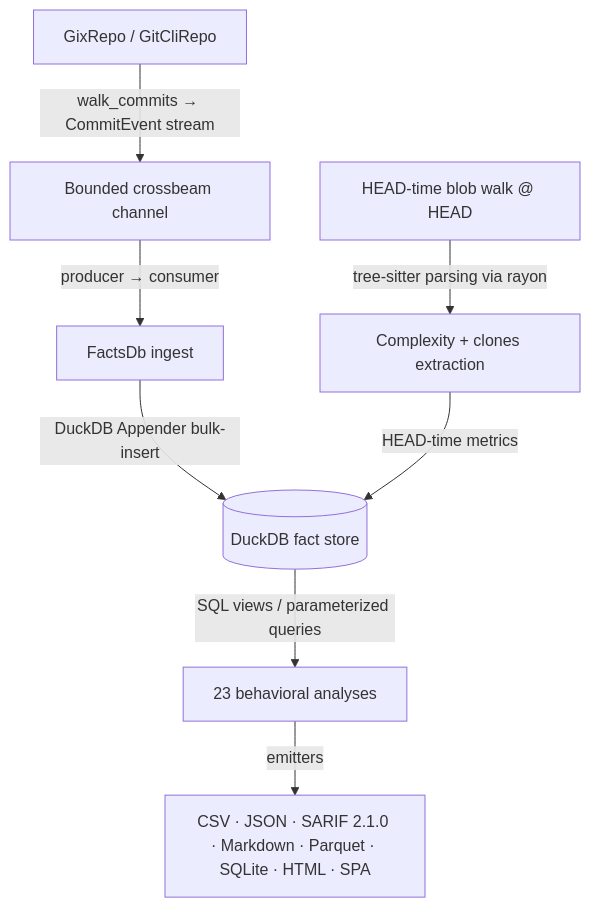
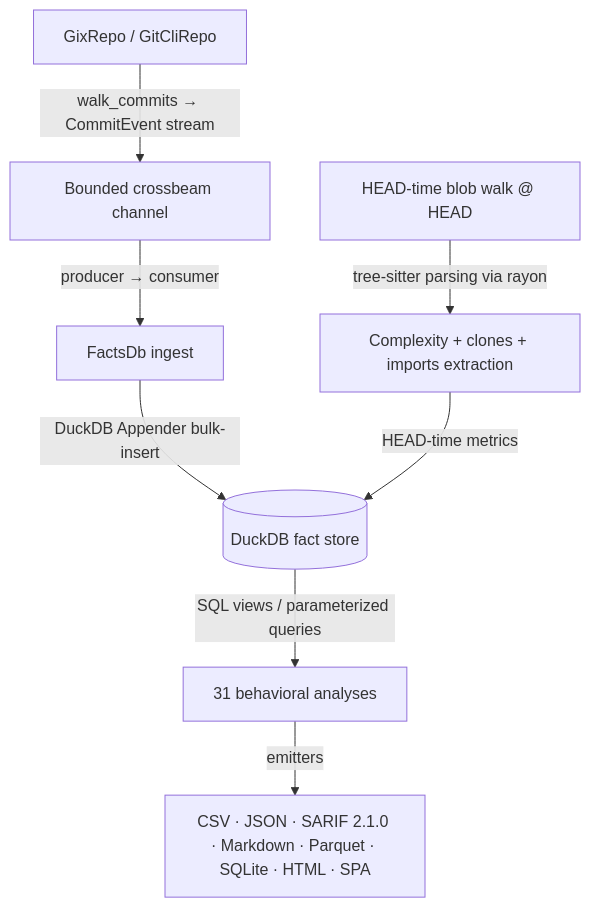
One commit to emrecdr/codelore changed the diagram in docs/reports/deep_analysis_report.md. Above: the diagram before and after it, drawn with Mermaid. The commit also changed other lines of this file, not shown here.

````diff
--- a/docs/reports/deep_analysis_report.md
+++ b/docs/reports/deep_analysis_report.md
@@ -19,10 +17,10 @@
 ```mermaid
 graph TD
     A[GixRepo / GitCliRepo] -->|walk_commits → CommitEvent stream| B[Bounded crossbeam channel]
     B -->|producer → consumer| C[FactsDb ingest]
     C -->|DuckDB Appender bulk-insert| D[(DuckDB fact store)]
-    E[HEAD-time blob walk @ HEAD] -->|tree-sitter parsing via rayon| F[Complexity + clones extraction]
+    E[HEAD-time blob walk @ HEAD] -->|tree-sitter parsing via rayon| F[Complexity + clones + imports extraction]
     F -->|HEAD-time metrics| D
-    D -->|SQL views / parameterized queries| G[23 behavioral analyses]
+    D -->|SQL views / parameterized queries| G[31 behavioral analyses]
     G -->|emitters| H[CSV · JSON · SARIF 2.1.0 · Markdown · Parquet · SQLite · HTML · SPA]
 ```
````
